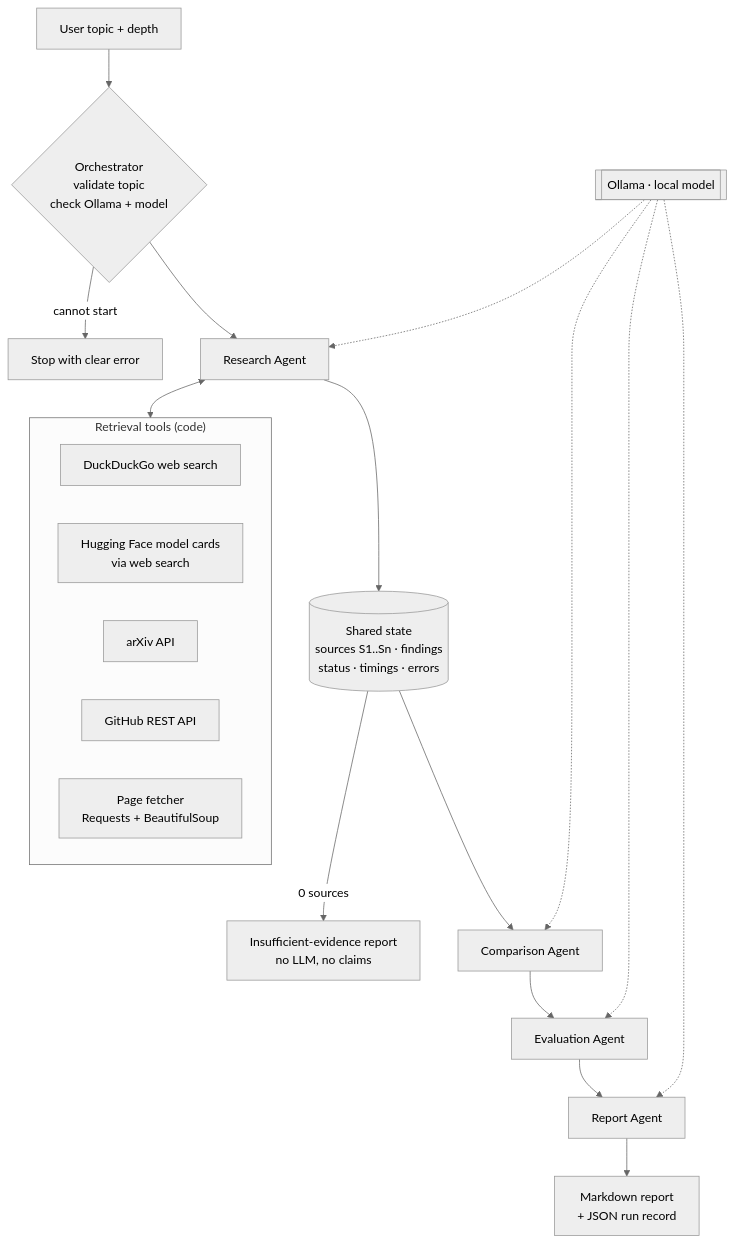
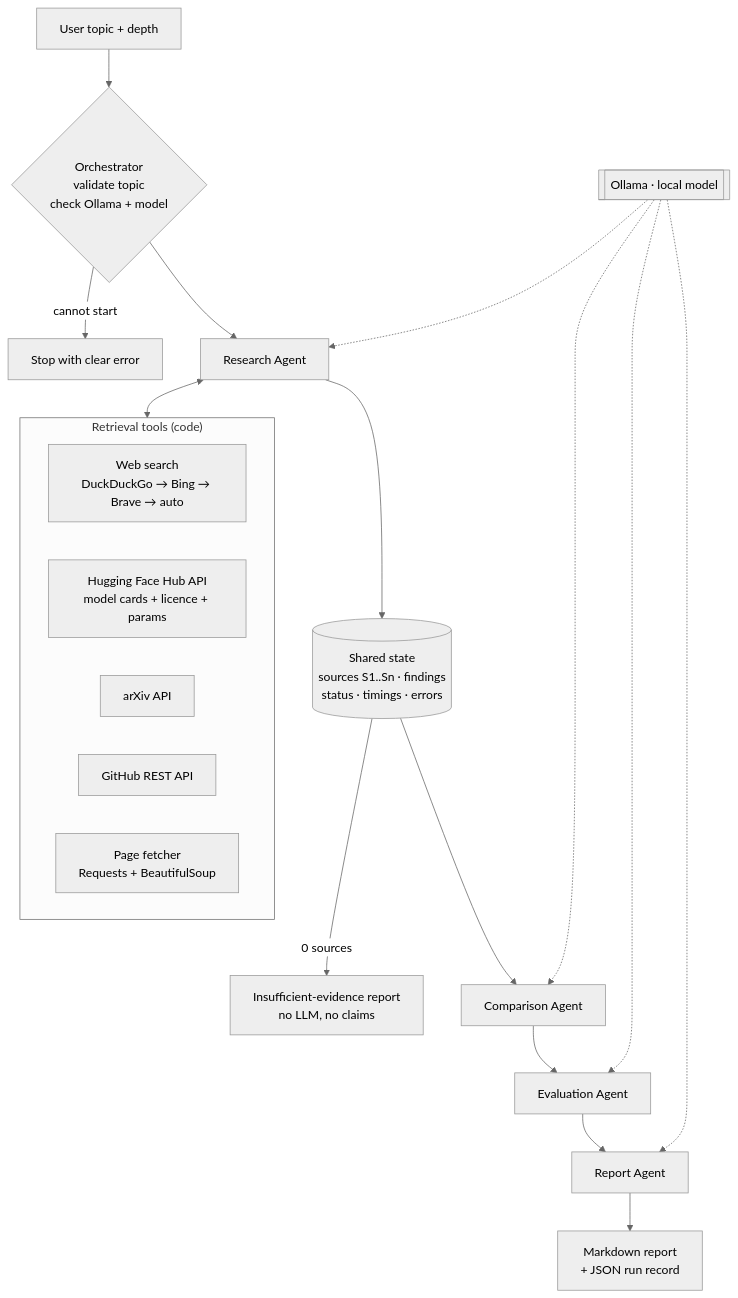
Before and after one commit to SahanaGaneshvel/Genaiprotos: the diagram in multi-agent-research-assistant/README.md, drawn with Mermaid (neutral theme). The commit also changed other lines of this file and 18 other files, not shown here.

````diff
--- a/multi-agent-research-assistant/README.md
+++ b/multi-agent-research-assistant/README.md
@@ -24,24 +24,24 @@
 ```mermaid
 flowchart TD
     U[User topic + depth] --> O{Orchestrator<br/>validate topic<br/>check Ollama + model}
     O -- cannot start --> X[Stop with clear error]
     O --> R[Research Agent]
 
     subgraph Tools["Retrieval tools (code)"]
-        W[DuckDuckGo web search]
-        H[Hugging Face model cards<br/>via web search]
+        W[Web search<br/>DuckDuckGo → Bing → Brave → auto]
+        H[Hugging Face Hub API<br/>model cards + licence + params]
         A[arXiv API]
         G[GitHub REST API]
         F[Page fetcher<br/>Requests + BeautifulSoup]
     end
     R <--> Tools
 
     R --> S[(Shared state<br/>sources S1..Sn · findings<br/>status · timings · errors)]
     S -- 0 sources --> I[Insufficient-evidence report<br/>no LLM, no claims]
     S --> C[Comparison Agent]
     C --> E[Evaluation Agent]
     E --> P[Report Agent]
     P --> M[Markdown report<br/>+ JSON run record]
 
     LLM[[Ollama · local model]] -.-> R & C & E & P
 ```
````
